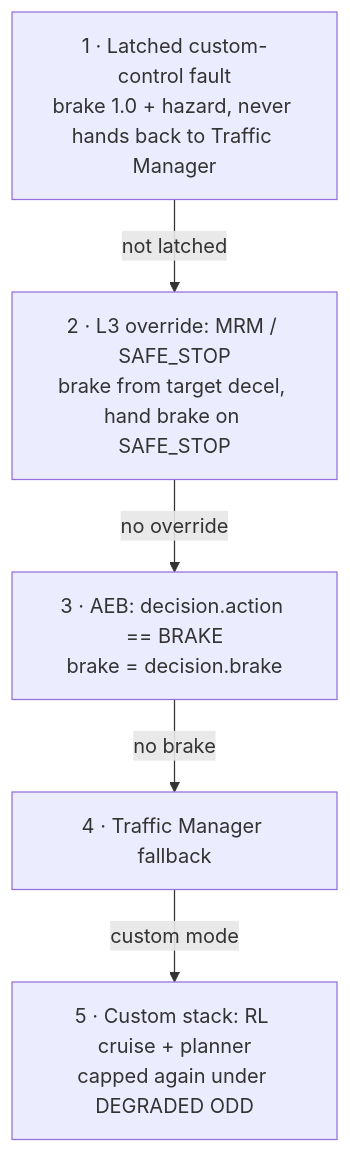
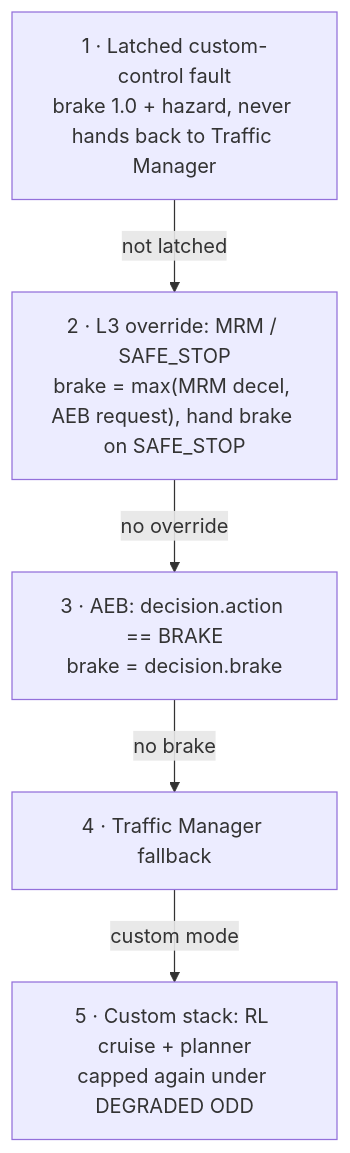
One commit to nhatduongchess-cloud/carla-adas-active-safety-project changed the fifth of 8 diagrams in docs/ARCHITECTURE.md. Above: the diagram before and after it, drawn with Mermaid. The commit also changed other lines of this file and 24 other files, not shown here.

````diff
--- a/docs/ARCHITECTURE.md
+++ b/docs/ARCHITECTURE.md
@@ -377,13 +377,13 @@
 ```mermaid
 flowchart TB
     F1["1 · Latched custom-control fault<br/>brake 1.0 + hazard, never hands back to Traffic Manager"]
-    F2["2 · L3 override: MRM / SAFE_STOP<br/>brake from target decel, hand brake on SAFE_STOP"]
+    F2["2 · L3 override: MRM / SAFE_STOP<br/>brake = max(MRM decel, AEB request), hand brake on SAFE_STOP"]
     F3["3 · AEB: decision.action == BRAKE<br/>brake = decision.brake"]
     F4["4 · Traffic Manager fallback"]
     F5["5 · Custom stack: RL cruise + planner<br/>capped again under DEGRADED ODD"]
 
     F1 -->|"not latched"| F2
     F2 -->|"no override"| F3
     F3 -->|"no brake"| F4
     F4 -->|"custom mode"| F5
 ```
````
